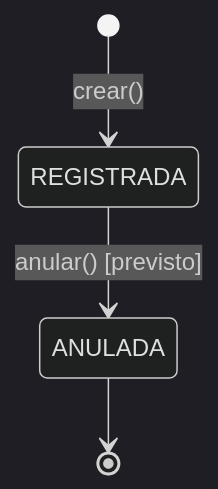
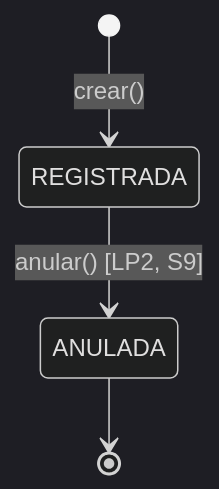
Diagram 14 of 27 in docs/ads/sesiones/S10_Patrones_Diseno_GoF_GRASP.md (262ciclo4/bomerp), drawn with Mermaid (dark theme) before and after one commit. The commit also changed other lines of this file, not shown here.

````diff
--- a/docs/ads/sesiones/S10_Patrones_Diseno_GoF_GRASP.md
+++ b/docs/ads/sesiones/S10_Patrones_Diseno_GoF_GRASP.md
@@ -472,6 +472,6 @@
 ```mermaid
 stateDiagram-v2
     [*] --> REGISTRADA : crear()
-    REGISTRADA --> ANULADA : anular() [previsto]
+    REGISTRADA --> ANULADA : anular() [LP2, S9]
     ANULADA --> [*]
 ```
````
